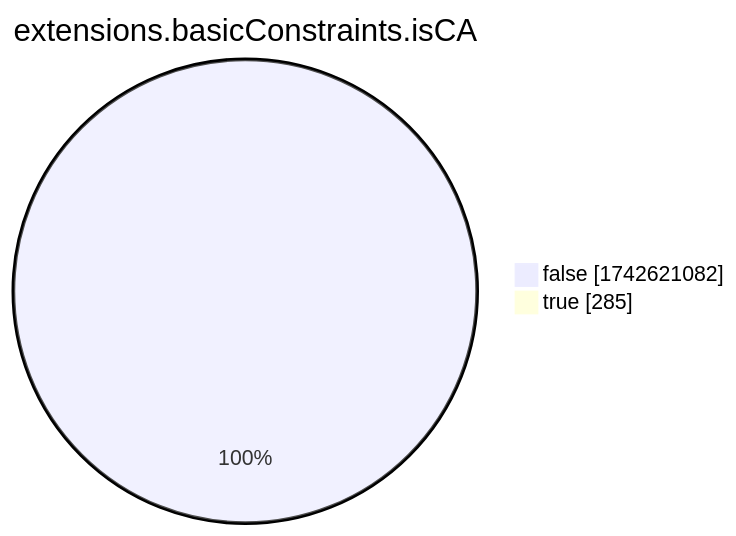
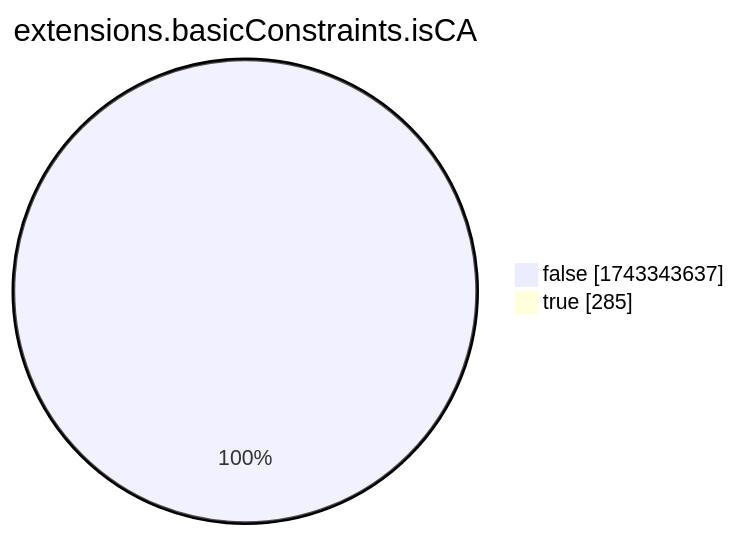
Before and after one commit to christiankrug/ctmonitor_visualization: the eighth of 15 diagrams in xenon2022/README.md, drawn with Mermaid. The commit also changed other lines of this file, not shown here.

````diff
--- a/xenon2022/README.md
+++ b/xenon2022/README.md
@@ -2867,6 +2867,6 @@
 ```mermaid
 pie showData
 title extensions.basicConstraints.isCA
-"false" :1742621082
+"false" :1743343637
 "true" :285
 ```
````
